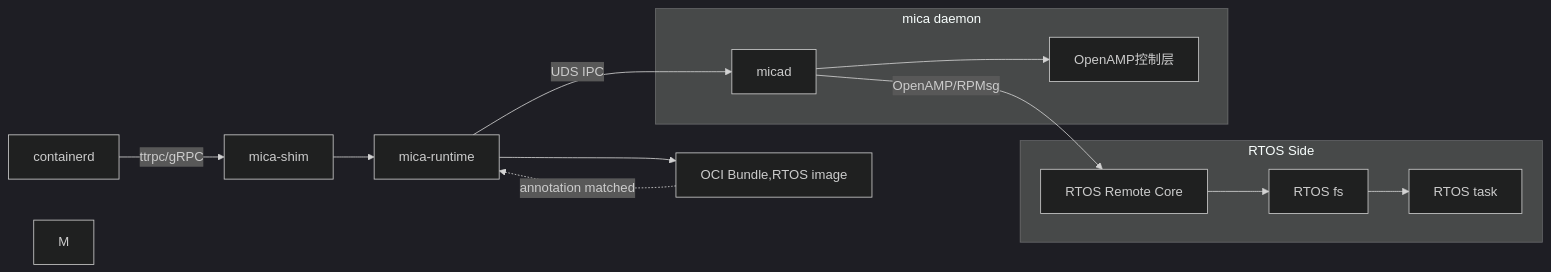
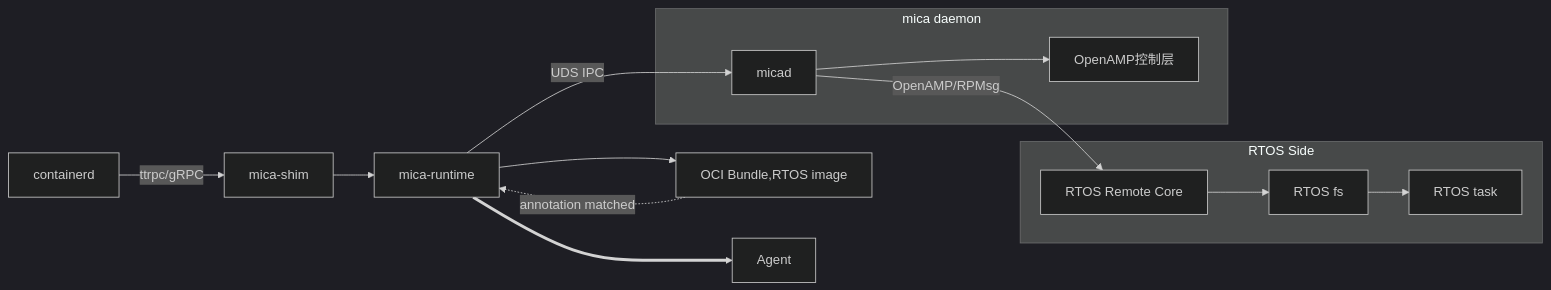
Before and after one commit to Egg12138/iodraw-files: the diagram in all/未命名.md, drawn with Mermaid (dark theme).

Commit message:
2025-06-21 17:07:40 update

````diff
--- a/all/未命名.md
+++ b/all/未命名.md
@@ -1,19 +1,19 @@
 ```mermaid
 
 graph LR
     CD[containerd] -->|ttrpc/gRPC| S
     S[mica-shim] --> MR
     MR[mica-runtime] -->|UDS IPC| A[micad]
     MR -->C[OCI Bundle,RTOS image]
-    M
+    MR ==>AG[Agent]
     A -->|OpenAMP/RPMsg| B[RTOS Remote Core]
     C -.->|annotation matched| MR
     subgraph RTOS Side
         B --> D[RTOS fs] --> E
         E[RTOS task]
     end
     subgraph mica daemon
         A --> F[OpenAMP控制层]
     end
 
 ```
````
